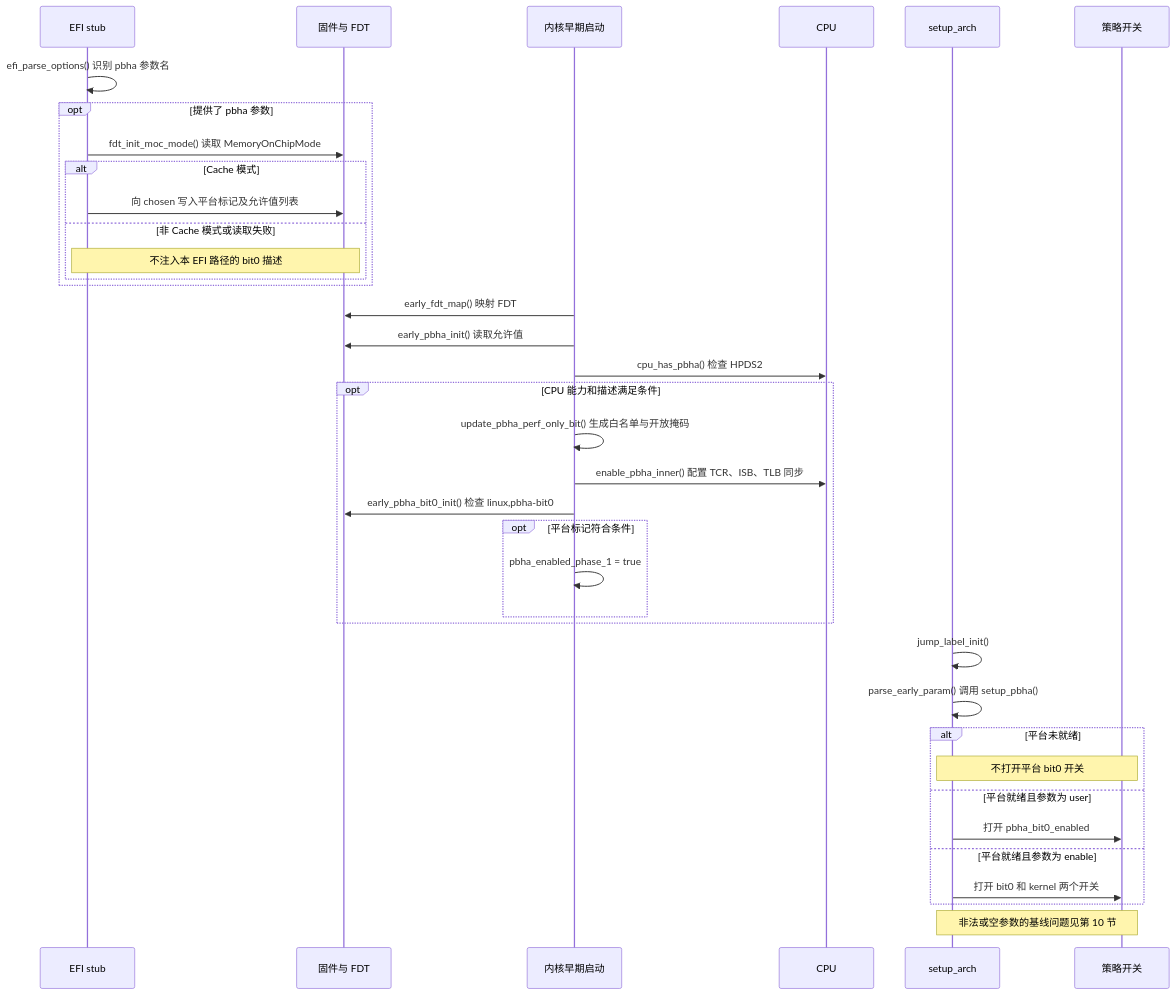
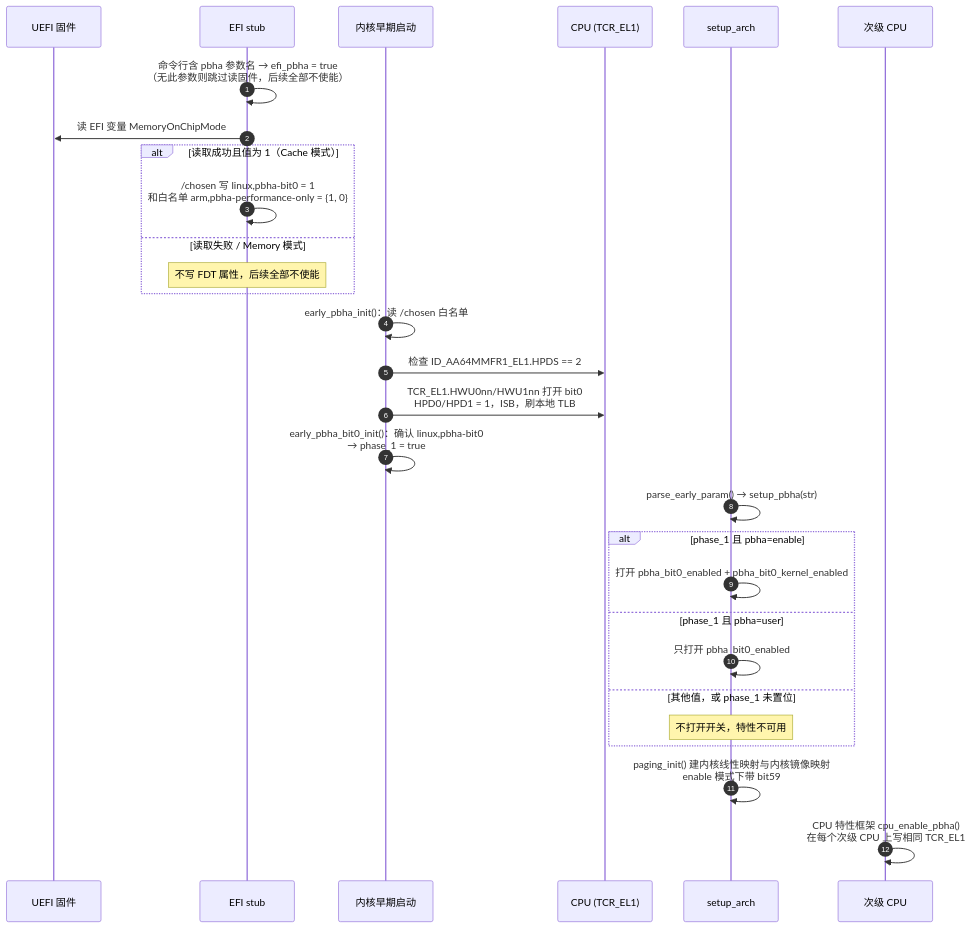
The second of 6 diagrams in PBHA特性设计说明书.md (xpzgg/llm-archive), drawn with Mermaid before and after one commit. The commit also changed other lines of this file, not shown here.

First line of the commit message:
docs: 重写 PBHA 设计说明书，按流程给出时序图与测试要点

````diff
--- a/PBHA特性设计说明书.md
+++ b/PBHA特性设计说明书.md
@@ -150,39 +100,32 @@
 ```mermaid
 sequenceDiagram
-    participant EFI as EFI stub
-    participant FW as 固件与 FDT
+    autonumber
+    participant FW as UEFI 固件
+    participant STUB as EFI stub
     participant EARLY as 内核早期启动
-    participant CPU as CPU
+    participant CPU as CPU (TCR_EL1)
     participant ARCH as setup_arch
-    participant KEY as 策略开关
-    EFI->>EFI: efi_parse_options() 识别 pbha 参数名
-    opt 提供了 pbha 参数
-        EFI->>FW: fdt_init_moc_mode() 读取 MemoryOnChipMode
-        alt Cache 模式
-            EFI->>FW: 向 chosen 写入平台标记及允许值列表
-        else 非 Cache 模式或读取失败
-            Note over EFI,FW: 不注入本 EFI 路径的 bit0 描述
-        end
+    participant SEC as 次级 CPU
+
+    STUB->>STUB: 命令行含 pbha 参数名 → efi_pbha = true<br/>（无此参数则跳过读固件，后续全部不使能）
+    STUB->>FW: 读 EFI 变量 MemoryOnChipMode
+    alt 读取成功且值为 1（Cache 模式）
+        STUB->>STUB: /chosen 写 linux,pbha-bit0 = 1<br/>和白名单 arm,pbha-performance-only = {1, 0}
+    else 读取失败 / Memory 模式
+        Note over STUB: 不写 FDT 属性，后续全部不使能
     end
-    EARLY->>FW: early_fdt_map() 映射 FDT
-    EARLY->>FW: early_pbha_init() 读取允许值
-    EARLY->>CPU: cpu_has_pbha() 检查 HPDS2
-    opt CPU 能力和描述满足条件
-        EARLY->>EARLY: update_pbha_perf_only_bit() 生成白名单与开放掩码
-        EARLY->>CPU: enable_pbha_inner() 配置 TCR、ISB、TLB 同步
-        EARLY->>FW: early_pbha_bit0_init() 检查 linux,pbha-bit0
-        opt 平台标记符合条件
-            EARLY->>EARLY: pbha_enabled_phase_1 = true
-        end
+    EARLY->>EARLY: early_pbha_init()：读 /chosen 白名单
+    EARLY->>CPU: 检查 ID_AA64MMFR1_EL1.HPDS == 2
+    EARLY->>CPU: TCR_EL1.HWU0nn/HWU1nn 打开 bit0<br/>HPD0/HPD1 = 1，ISB，刷本地 TLB
+    EARLY->>EARLY: early_pbha_bit0_init()：确认 linux,pbha-bit0<br/>→ phase_1 = true
+    ARCH->>ARCH: parse_early_param() → setup_pbha(str)
+    alt phase_1 且 pbha=enable
+        ARCH->>ARCH: 打开 pbha_bit0_enabled + pbha_bit0_kernel_enabled
+    else phase_1 且 pbha=user
+        ARCH->>ARCH: 只打开 pbha_bit0_enabled
+    else 其他值，或 phase_1 未置位
+        Note over ARCH: 不打开开关，特性不可用
     end
-    ARCH->>ARCH: jump_label_init()
-    ARCH->>ARCH: parse_early_param() 调用 setup_pbha()
-    alt 平台未就绪
-        Note over ARCH,KEY: 不打开平台 bit0 开关
-    else 平台就绪且参数为 user
-        ARCH->>KEY: 打开 pbha_bit0_enabled
-    else 平台就绪且参数为 enable
-        ARCH->>KEY: 打开 bit0 和 kernel 两个开关
-    end
-    Note over ARCH,KEY: 非法或空参数的基线问题见第 10 节
+    ARCH->>ARCH: paging_init() 建内核线性映射与内核镜像映射<br/>enable 模式下带 bit59
+    SEC->>SEC: CPU 特性框架 cpu_enable_pbha()<br/>在每个次级 CPU 上写相同 TCR_EL1
 ```
````
